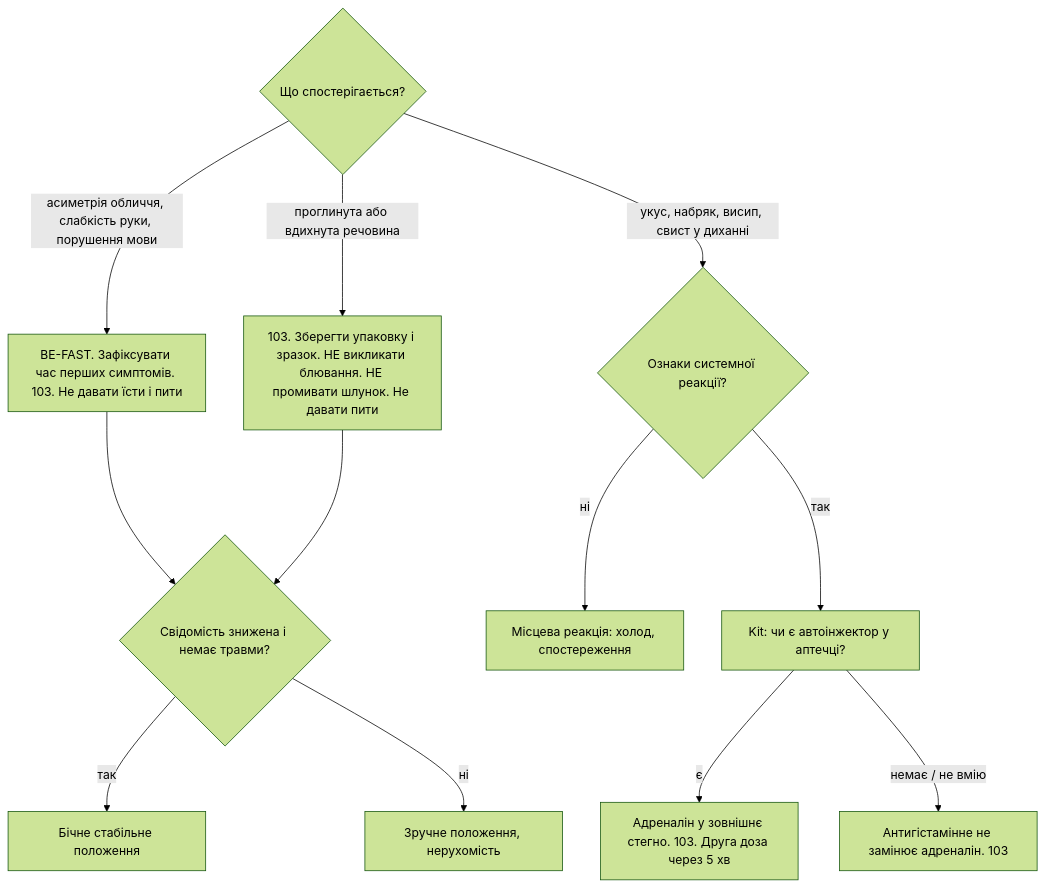
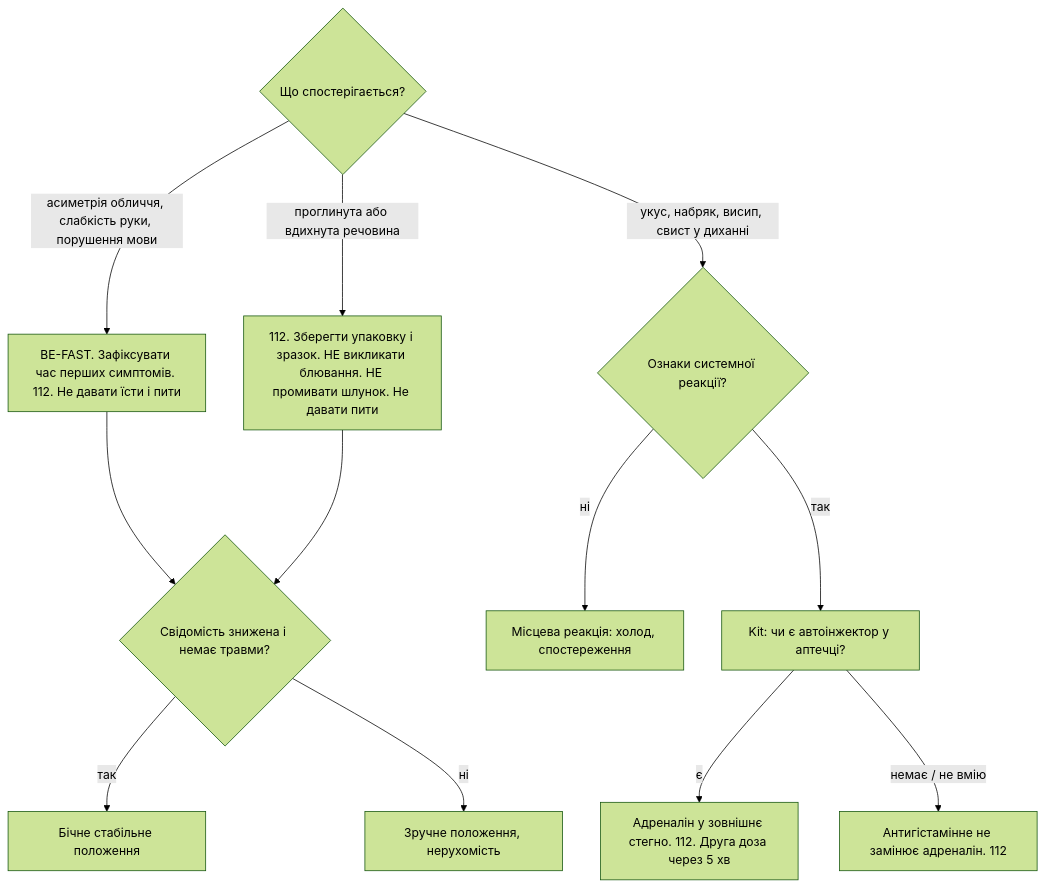
Before and after one commit to kaiserdem/ZeroEchelon: diagram 11 of 12 in docs/04-блок-схеми.md, drawn with Mermaid (forest theme). The commit also changed other lines of this file and 21 other files, not shown here.

````diff
--- a/docs/04-блок-схеми.md
+++ b/docs/04-блок-схеми.md
@@ -280,15 +280,15 @@
 ```mermaid
 flowchart TD
   J0{"Що спостерігається?"}
-  J0 -->|"асиметрія обличчя, слабкість руки, порушення мови"| Str["BE-FAST. Зафіксувати час перших симптомів. 103. Не давати їсти і пити"]
-  J0 -->|"проглинута або вдихнута речовина"| Poi["103. Зберегти упаковку і зразок. НЕ викликати блювання. НЕ промивати шлунок. Не давати пити"]
+  J0 -->|"асиметрія обличчя, слабкість руки, порушення мови"| Str["BE-FAST. Зафіксувати час перших симптомів. 112. Не давати їсти і пити"]
+  J0 -->|"проглинута або вдихнута речовина"| Poi["112. Зберегти упаковку і зразок. НЕ викликати блювання. НЕ промивати шлунок. Не давати пити"]
   J0 -->|"укус, набряк, висип, свист у диханні"| Ana{"Ознаки системної реакції?"}
   Ana -->|"так"| Kit["Kit: чи є автоінжектор у аптечці?"]
-  Kit -->|"є"| Adr["Адреналін у зовнішнє стегно. 103. Друга доза через 5 хв"]
-  Kit -->|"немає / не вмію"| NoAnti["Антигістамінне не замінює адреналін. 103"]
+  Kit -->|"є"| Adr["Адреналін у зовнішнє стегно. 112. Друга доза через 5 хв"]
+  Kit -->|"немає / не вмію"| NoAnti["Антигістамінне не замінює адреналін. 112"]
   Ana -->|"ні"| Local["Місцева реакція: холод, спостереження"]
   Str --> Pos{"Свідомість знижена і немає травми?"}
   Poi --> Pos
   Pos -->|"так"| Side["Бічне стабільне положення"]
   Pos -->|"ні"| Comf["Зручне положення, нерухомість"]
 ```
````
